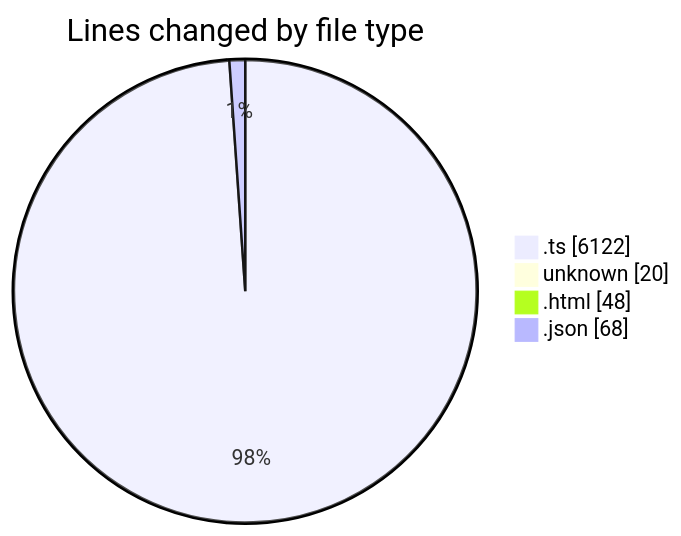
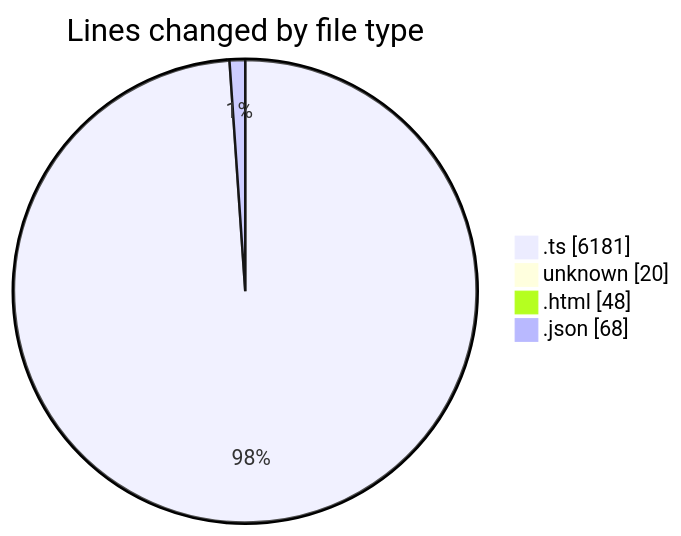
One commit to tmsrecording-cyber/code-tracking changed the first of 2 diagrams in 2026-02-06/singularitybrainai/README.md. Above: the diagram before and after it, drawn with Mermaid. The commit also changed other lines of this file and 1 other file, not shown here.

````diff
--- a/2026-02-06/singularitybrainai/README.md
+++ b/2026-02-06/singularitybrainai/README.md
@@ -32,8 +32,8 @@
 ```mermaid
 pie showData
 title Lines changed by file type
-".ts" : 6122
+".ts" : 6181
 "unknown" : 20
 ".html" : 48
 ".json" : 68
 ```
````
